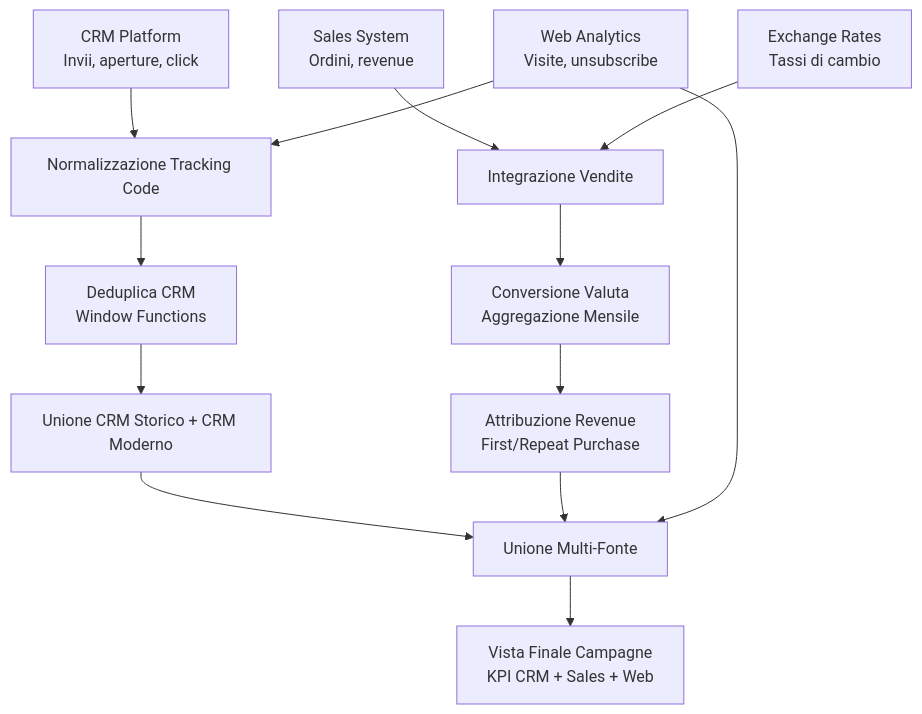
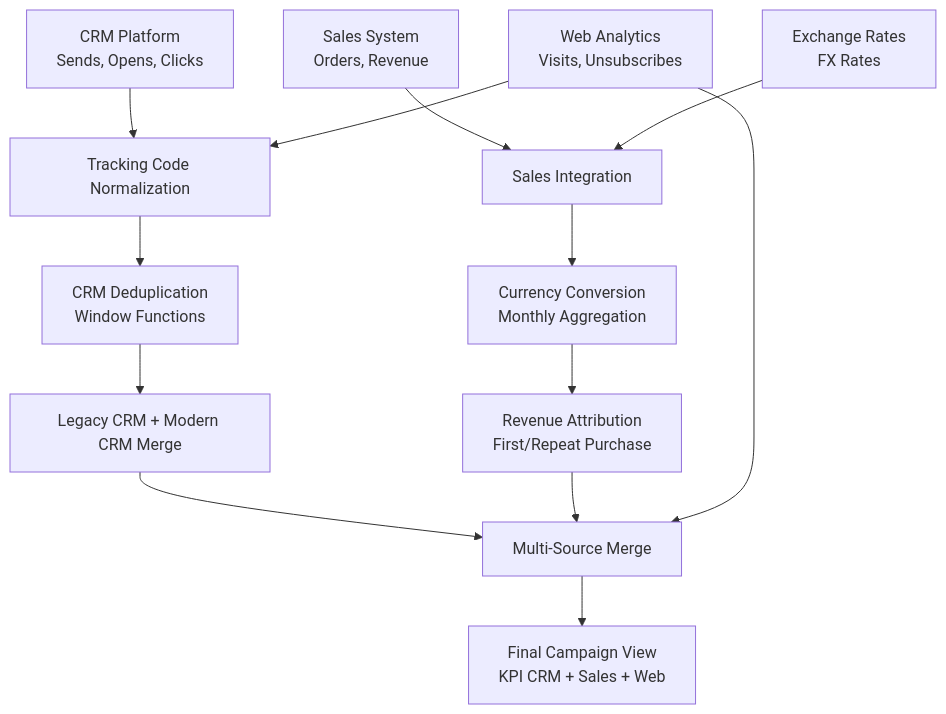
Before and after one commit to brunleonardo96/marketing-campaign-data-pipeline: the diagram in README.md, drawn with Mermaid. The commit also changed other lines of this file, not shown here.

````diff
--- a/README.md
+++ b/README.md
@@ -46,24 +45,24 @@
 ```mermaid
 flowchart TD
 
-    %% Fonti principali
-    A[CRM Platform<br/>Invii, aperture, click] --> D[Normalizzazione Tracking Code]
-    B[Web Analytics<br/>Visite, unsubscribe] --> D
-    C[Sales System<br/>Ordini, revenue] --> E[Integrazione Vendite]
-    F[Exchange Rates<br/>Tassi di cambio] --> E
+ %% Main Sources
+ A[CRM Platform<br/>Sends, Opens, Clicks] --> D[Tracking Code Normalization]
+ B[Web Analytics<br/>Visits, Unsubscribes] --> D
+ C[Sales System<br/>Orders, Revenue] --> E[Sales Integration]
+ F[Exchange Rates<br/>FX Rates] --> E
 
-    %% Step intermedi
-    D --> G[Deduplica CRM<br/>Window Functions]
-    G --> H[Unione CRM Storico + CRM Moderno]
+ %% Intermediate Steps
+ D --> G[CRM Deduplication<br/>Window Functions]
+ G --> H[Legacy CRM + Modern CRM Merge]
 
-    E --> I[Conversione Valuta<br/>Aggregazione Mensile]
-    I --> J[Attribuzione Revenue<br/>First/Repeat Purchase]
+ E --> I[Currency Conversion<br/>Monthly Aggregation]
+ I --> J[Revenue Attribution<br/>First/Repeat Purchase]
 
-    %% Unione finale
-    H --> K[Unione Multi-Fonte]
-    J --> K
-    B --> K
+ %% Final Union
+ H --> K[Multi-Source Merge]
+ J --> K
+ B --> K
 
-    %% Output finale
-    K --> L[Vista Finale Campagne<br/>KPI CRM + Sales + Web]
+ %% Final Output
+ K --> L[Final Campaign View<br/>KPI CRM + Sales + Web]
 ```
````
